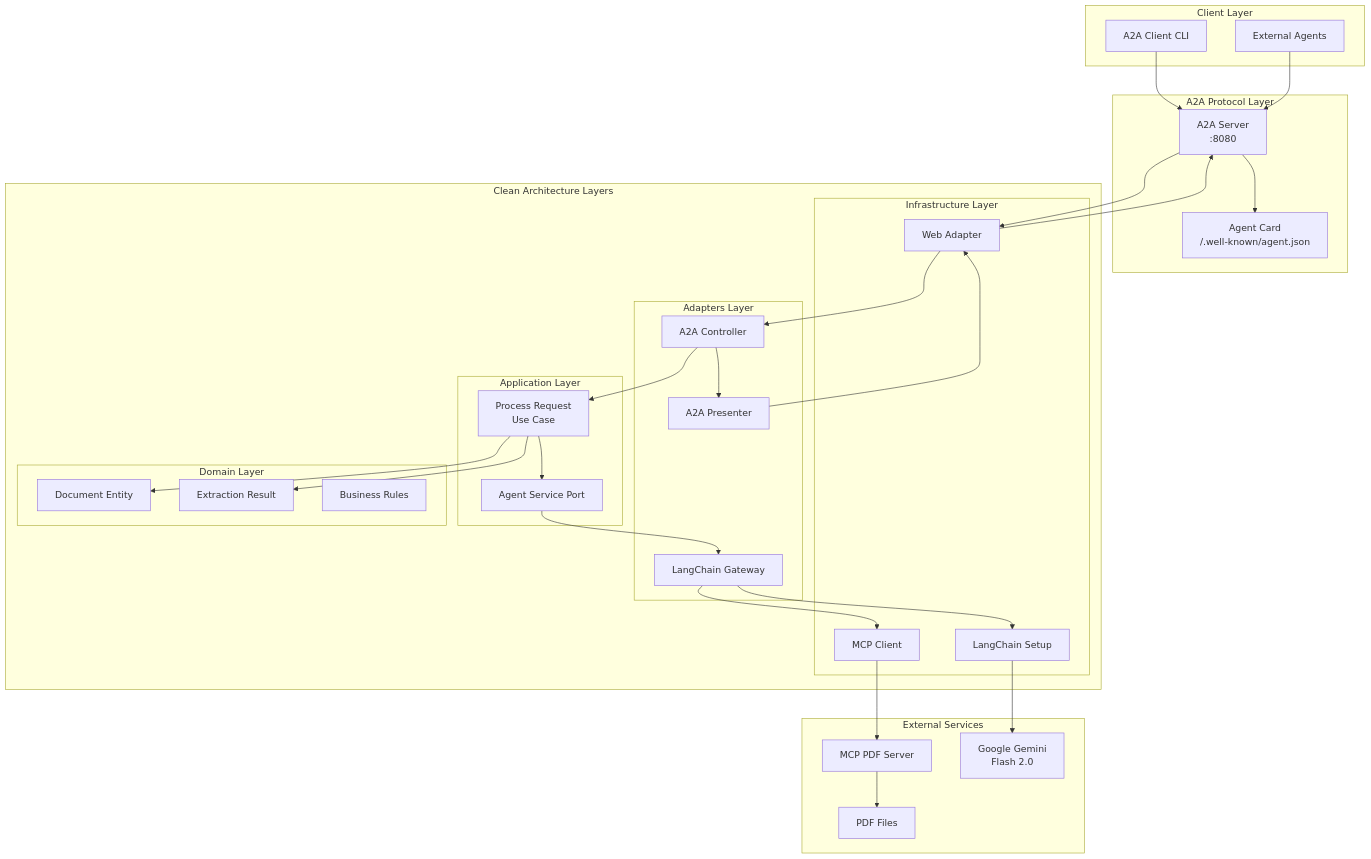
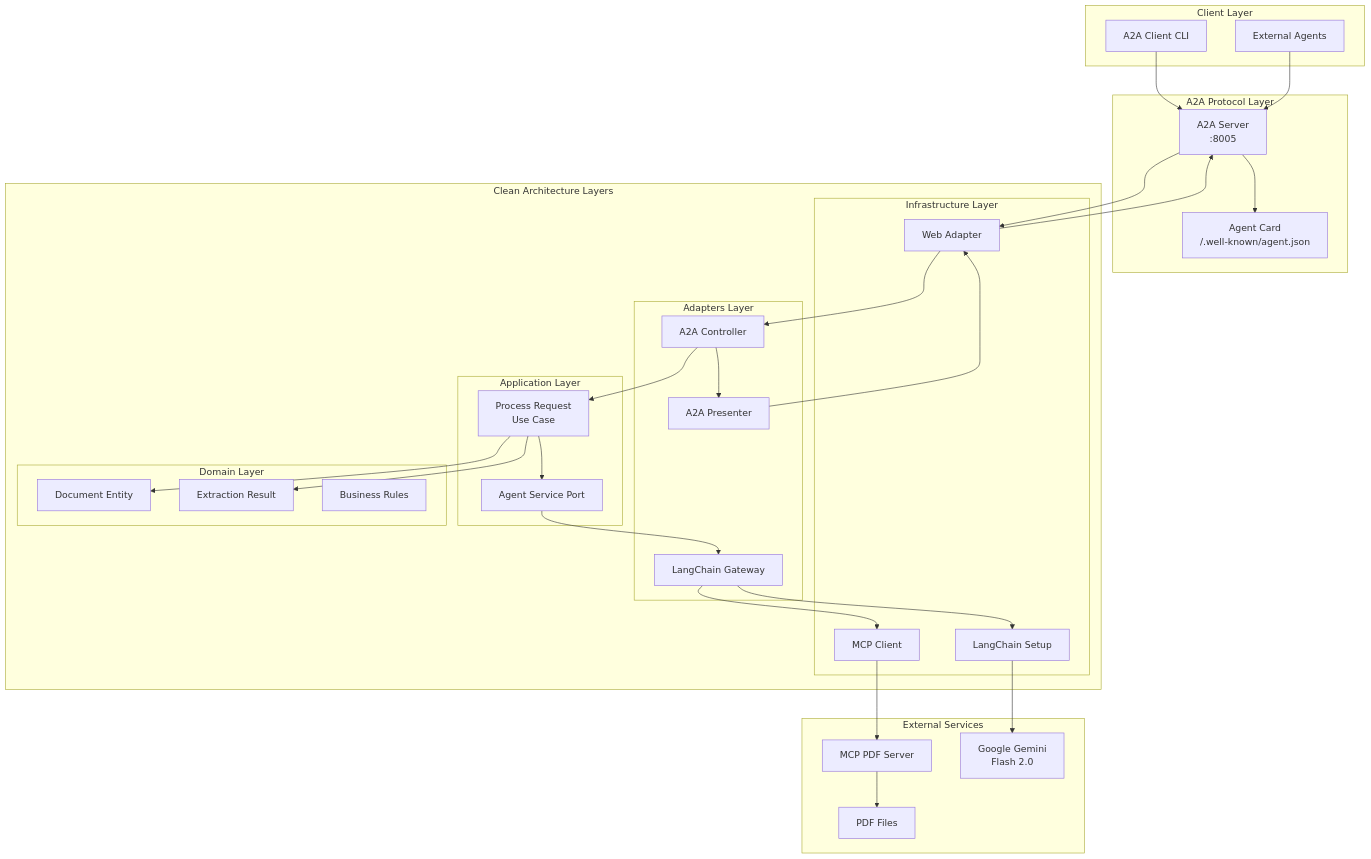
Before and after one commit to einsteindark-edgm/read_pdf_agent: the first of 2 diagrams in README.md, drawn with Mermaid. The commit also changed other lines of this file and 11 other files, not shown here.

````diff
--- a/README.md
+++ b/README.md
@@ -9,62 +9,62 @@
 ```mermaid
 graph TB
     subgraph "Client Layer"
         CLI[A2A Client CLI]
         EXT[External Agents]
     end
     
     subgraph "A2A Protocol Layer"
-        A2A[A2A Server<br/>:8080]
+        A2A[A2A Server<br/>:8005]
         CARD[Agent Card<br/>/.well-known/agent.json]
     end
     
     subgraph "Clean Architecture Layers"
         subgraph "Infrastructure Layer"
             WEB[Web Adapter]
             MCP[MCP Client]
             AI[LangChain Setup]
         end
         
         subgraph "Adapters Layer"
             CTRL[A2A Controller]
             PRES[A2A Presenter]
             GATE[LangChain Gateway]
         end
         
         subgraph "Application Layer"
             UC[Process Request<br/>Use Case]
             PORTS[Agent Service Port]
         end
         
         subgraph "Domain Layer"
             ENT[Document Entity]
             RESULT[Extraction Result]
             RULES[Business Rules]
         end
     end
     
     subgraph "External Services"
         MCPS[MCP PDF Server]
         GEMINI[Google Gemini<br/>Flash 2.0]
         PDF[PDF Files]
     end
     
     CLI --> A2A
     EXT --> A2A
     A2A --> CARD
     A2A --> WEB
     WEB --> CTRL
     CTRL --> UC
     UC --> PORTS
     PORTS --> GATE
     GATE --> AI
     AI --> GEMINI
     GATE --> MCP
     MCP --> MCPS
     MCPS --> PDF
     UC --> ENT
     UC --> RESULT
     CTRL --> PRES
     PRES --> WEB
     WEB --> A2A
 ```
````
